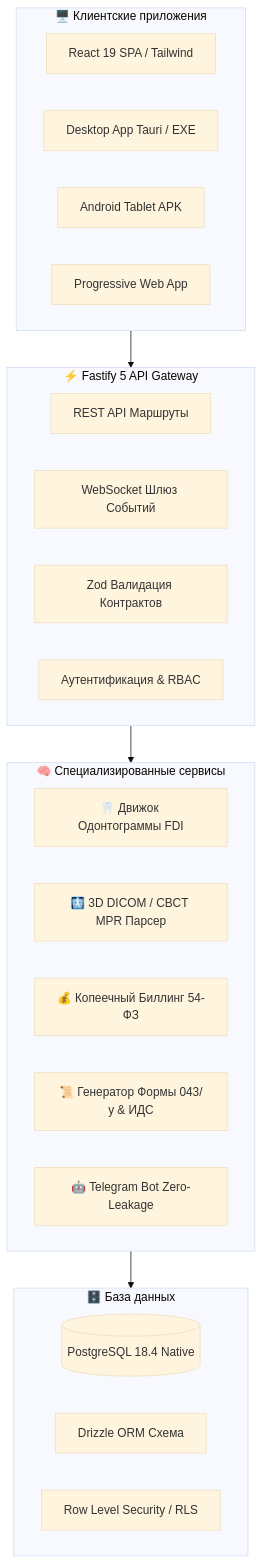
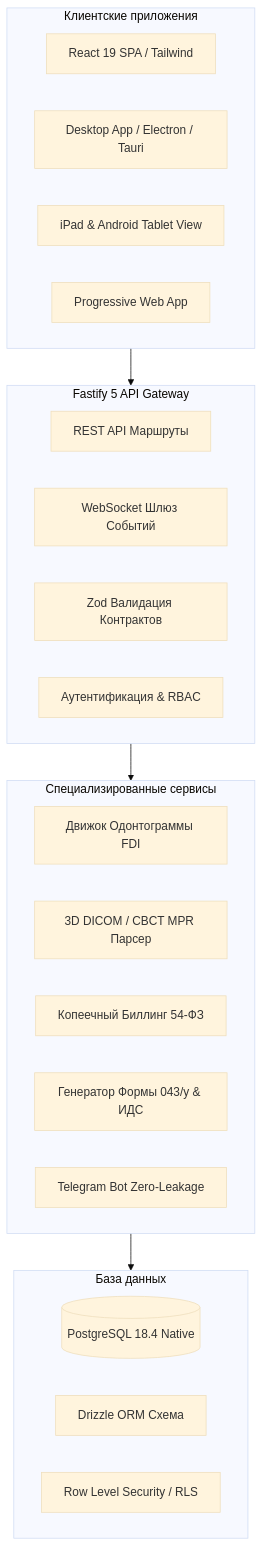
The diagram in README.md (marko1olo/dental-crm), drawn with Mermaid (base theme) before and after one commit. The commit also changed other lines of this file and 5 other files, not shown here.

Commit message:
docs: update system documentation, architecture manifesto, deployment and cli references

````diff
--- a/README.md
+++ b/README.md
@@ -135,34 +212,34 @@
 ```mermaid
 graph TD
-    subgraph Frontend_Clients ["🖥️ Клиентские приложения"]
+    subgraph Frontend_Clients ["Клиентские приложения"]
         A[React 19 SPA / Tailwind]
-        B[Desktop App Tauri / EXE]
-        C[Android Tablet APK]
+        B[Desktop App / Electron / Tauri]
+        C[iPad & Android Tablet View]
         D[Progressive Web App]
     end
 
-    subgraph API_Gateway ["⚡ Fastify 5 API Gateway"]
+    subgraph API_Gateway ["Fastify 5 API Gateway"]
         E[REST API Маршруты]
         F[WebSocket Шлюз Событий]
         G[Zod Валидация Контрактов]
         H[Аутентификация & RBAC]
     end
 
-    subgraph Core_Services ["🧠 Специализированные сервисы"]
-        I[🦷 Движок Одонтограммы FDI]
-        J[🩻 3D DICOM / CBCT MPR Парсер]
-        K[💰 Копеечный Биллинг 54-ФЗ]
-        L[📜 Генератор Формы 043/у & ИДС]
-        M[🤖 Telegram Bot Zero-Leakage]
+    subgraph Core_Services ["Специализированные сервисы"]
+        I[Движок Одонтограммы FDI]
+        J[3D DICOM / CBCT MPR Парсер]
+        K[Копеечный Биллинг 54-ФЗ]
+        L[Генератор Формы 043/у & ИДС]
+        M[Telegram Bot Zero-Leakage]
     end
 
-    subgraph Database_Layer ["🗄️ База данных"]
+    subgraph Database_Layer ["База данных"]
         N[(PostgreSQL 18.4 Native)]
         O[Drizzle ORM Схема]
         P[Row Level Security / RLS]
     end
 
     Frontend_Clients --> API_Gateway
     API_Gateway --> Core_Services
     Core_Services --> Database_Layer
 ```
````
